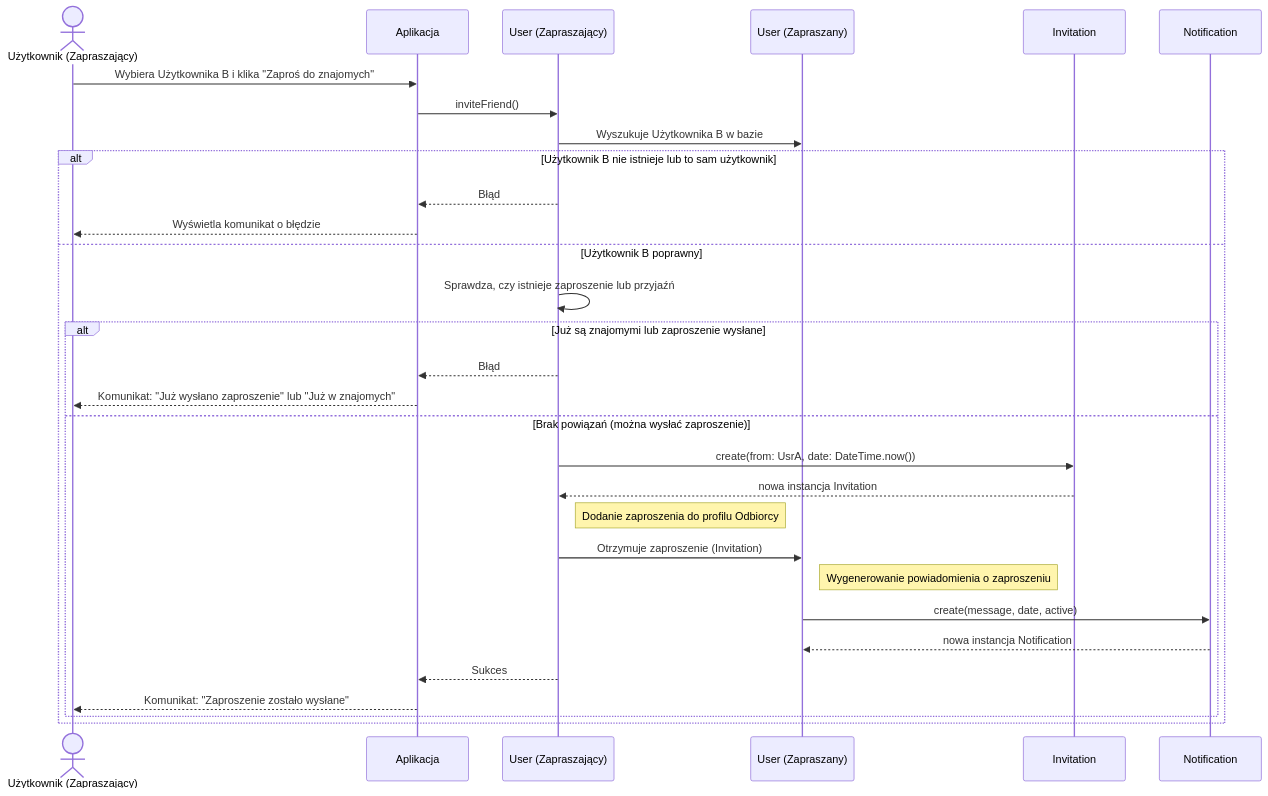
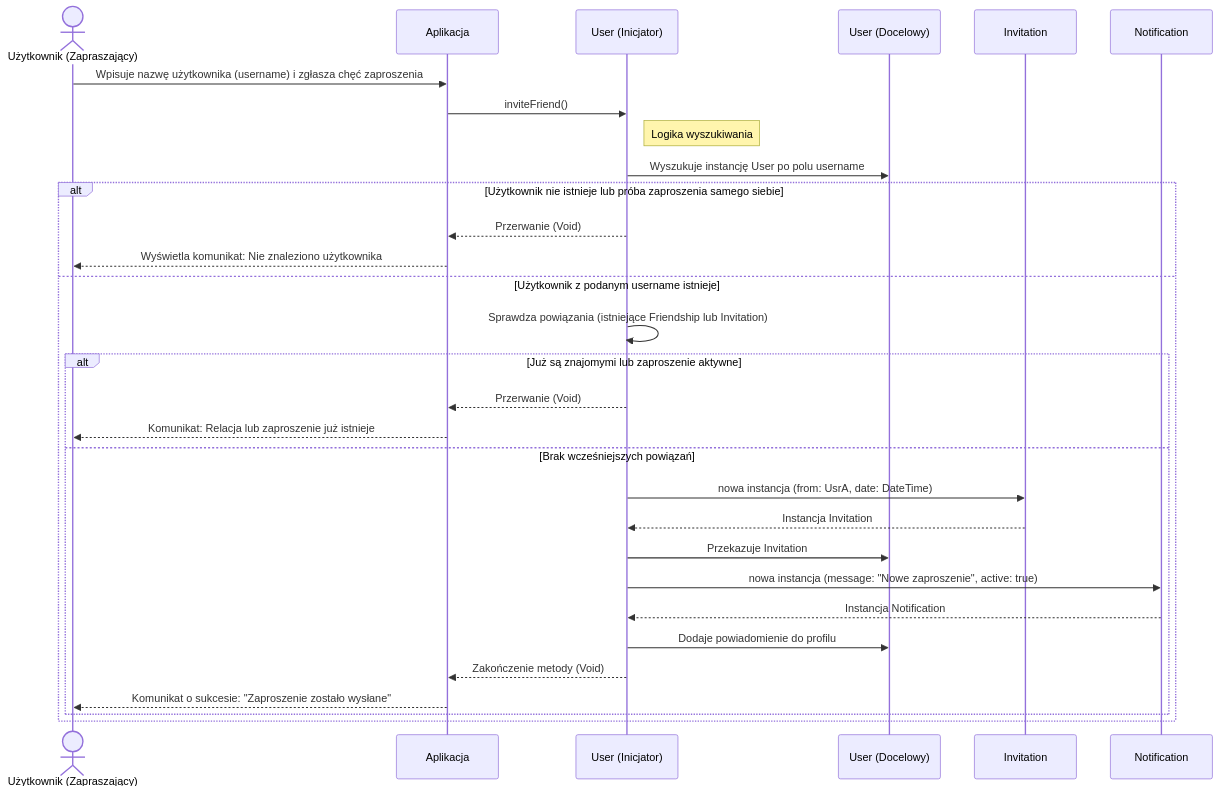
The diagram in docs/zadanie4/diagram-sekwencji-zaproszenie-do-znajomych.md (Tarnuchy/EggJob), drawn with Mermaid before and after one commit. The commit also changed 2 other files, not shown here.

````diff
--- a/docs/zadanie4/diagram-sekwencji-zaproszenie-do-znajomych.md
+++ b/docs/zadanie4/diagram-sekwencji-zaproszenie-do-znajomych.md
@@ -3,39 +3,40 @@
 ```mermaid
 sequenceDiagram
     actor UA as Użytkownik (Zapraszający)
     participant UI as Aplikacja
-    participant UsrA as User (Zapraszający)
-    participant UsrB as User (Zapraszany)
+    participant UsrA as User (Inicjator)
+    participant UsrB as User (Docelowy)
     participant Inv as Invitation
     participant Notif as Notification
 
-    UA->>UI: Wybiera Użytkownika B i klika "Zaproś do znajomych"
+    UA->>UI: Wpisuje nazwę użytkownika (username) i zgłasza chęć zaproszenia
     UI->>UsrA: inviteFriend()
 
-    UsrA->>UsrB: Wyszukuje Użytkownika B w bazie
+    note right of UsrA: Logika wyszukiwania
+    UsrA->>UsrB: Wyszukuje instancję User po polu username
     
-    alt Użytkownik B nie istnieje lub to sam użytkownik
-        UsrA-->>UI: Błąd
-        UI-->>UA: Wyświetla komunikat o błędzie
-    else Użytkownik B poprawny
-        UsrA->>UsrA: Sprawdza, czy istnieje zaproszenie lub przyjaźń
+    alt Użytkownik nie istnieje lub próba zaproszenia samego siebie
+        UsrA-->>UI: Przerwanie (Void)
+        UI-->>UA: Wyświetla komunikat: Nie znaleziono użytkownika
+    else Użytkownik z podanym username istnieje
+        UsrA->>UsrA: Sprawdza powiązania (istniejące Friendship lub Invitation)
         
-        alt Już są znajomymi lub zaproszenie wysłane
-            UsrA-->>UI: Błąd
-            UI-->>UA: Komunikat: "Już wysłano zaproszenie" lub "Już w znajomych"
-        else Brak powiązań (można wysłać zaproszenie)
-            UsrA->>Inv: create(from: UsrA, date: DateTime.now())
-            Inv-->>UsrA: nowa instancja Invitation
+        alt Już są znajomymi lub zaproszenie aktywne
+            UsrA-->>UI: Przerwanie (Void)
+            UI-->>UA: Komunikat: Relacja lub zaproszenie już istnieje
+        else Brak wcześniejszych powiązań
+            UsrA->>Inv: nowa instancja (from: UsrA, date: DateTime)
+            Inv-->>UsrA: Instancja Invitation
             
-            note right of UsrA: Dodanie zaproszenia do profilu Odbiorcy
-            UsrA->>UsrB: Otrzymuje zaproszenie (Invitation)
+            UsrA->>UsrB: Przekazuje Invitation
             
-            note right of UsrB: Wygenerowanie powiadomienia o zaproszeniu
-            UsrB->>Notif: create(message, date, active)
-            Notif-->>UsrB: nowa instancja Notification
+            UsrA->>Notif: nowa instancja (message: "Nowe zaproszenie", active: true)
+            Notif-->>UsrA: Instancja Notification
             
-            UsrA-->>UI: Sukces
-            UI-->>UA: Komunikat: "Zaproszenie zostało wysłane"
+            UsrA->>UsrB: Dodaje powiadomienie do profilu
+            
+            UsrA-->>UI: Zakończenie metody (Void)
+            UI-->>UA: Komunikat o sukcesie: "Zaproszenie zostało wysłane"
         end
     end
 ```
````
